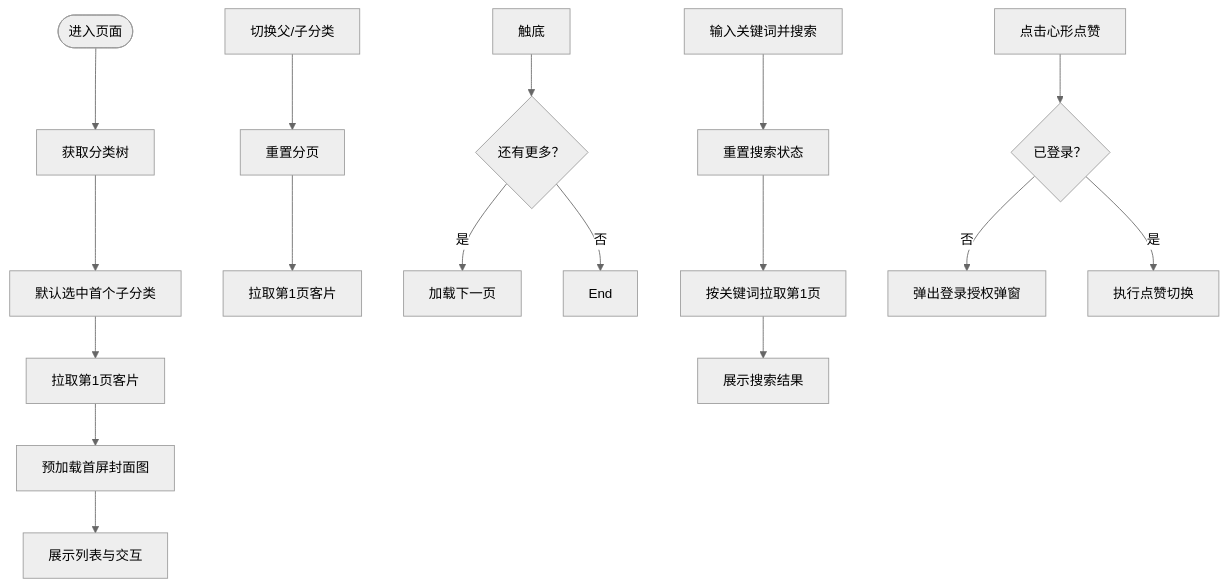
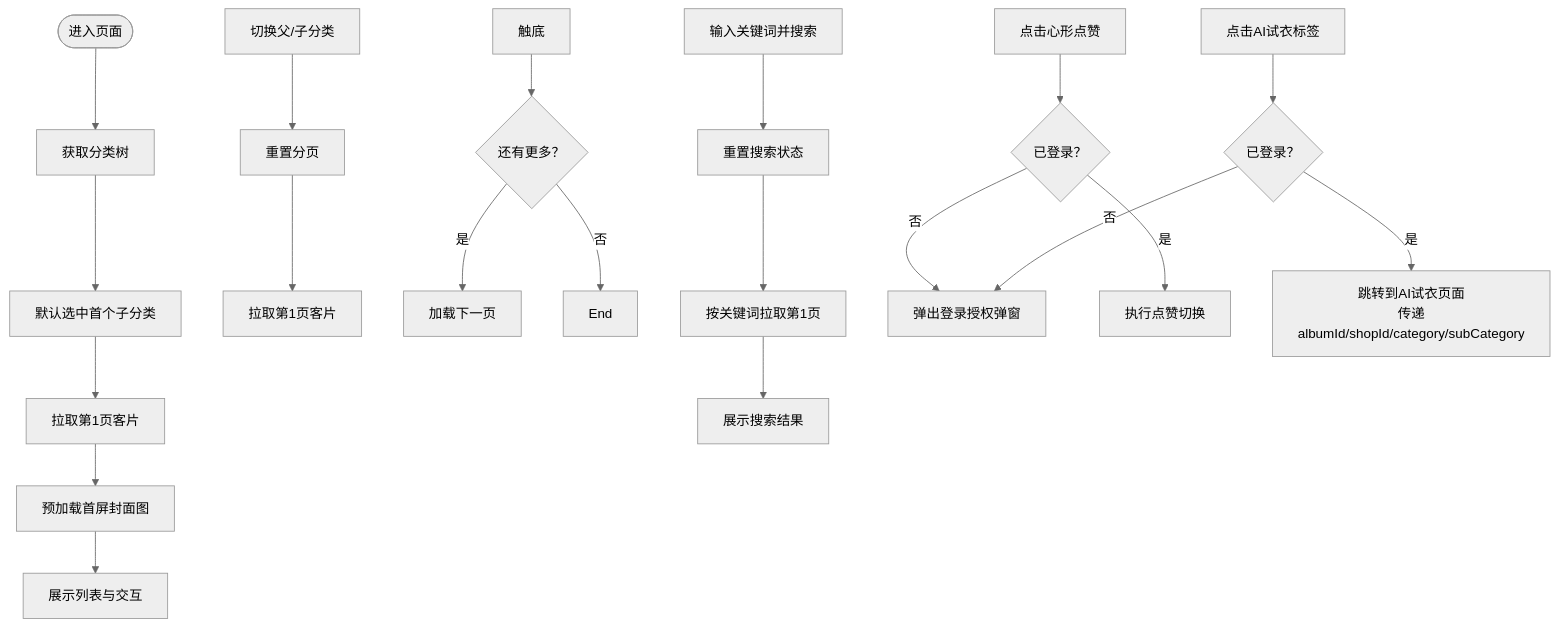
The third of 8 diagrams in .qoder/repowiki/zh/content/核心功能模块/客片管理系统/客片管理系统.md (crazyma99/blueberry), drawn with Mermaid (neutral theme) before and after one commit. The commit also changed other lines of this file and 8 other files, not shown here.

````diff
--- a/.qoder/repowiki/zh/content/核心功能模块/客片管理系统/客片管理系统.md
+++ b/.qoder/repowiki/zh/content/核心功能模块/客片管理系统/客片管理系统.md
@@ -175,19 +221,22 @@
 ```mermaid
 flowchart TD
 Start(["进入页面"]) --> Init["获取分类树"]
 Init --> SelectFirst["默认选中首个子分类"]
 SelectFirst --> FetchPage1["拉取第1页客片"]
 FetchPage1 --> PreloadCover["预加载首屏封面图"]
 PreloadCover --> ShowUI["展示列表与交互"]
 ChangeTab["切换父/子分类"] --> ResetPage["重置分页"]
 ResetPage --> FetchNext["拉取第1页客片"]
 ScrollBottom["触底"] --> HasMore{"还有更多？"}
 HasMore --> |是| LoadMore["加载下一页"]
 HasMore --> |否| End
 Search["输入关键词并搜索"] --> ResetSearch["重置搜索状态"]
 ResetSearch --> FetchSearch["按关键词拉取第1页"]
 FetchSearch --> ShowSearch["展示搜索结果"]
 Like["点击心形点赞"] --> IsLogin{"已登录？"}
 IsLogin --> |否| ShowLogin["弹出登录授权弹窗"]
 IsLogin --> |是| ToggleLike["执行点赞切换"]
+AiTryOn["点击AI试衣标签"] --> CheckLogin{"已登录？"}
+CheckLogin --> |否| ShowLogin
+CheckLogin --> |是| NavigateToAi["跳转到AI试衣页面<br/>传递albumId/shopId/category/subCategory"]
 ```
````
